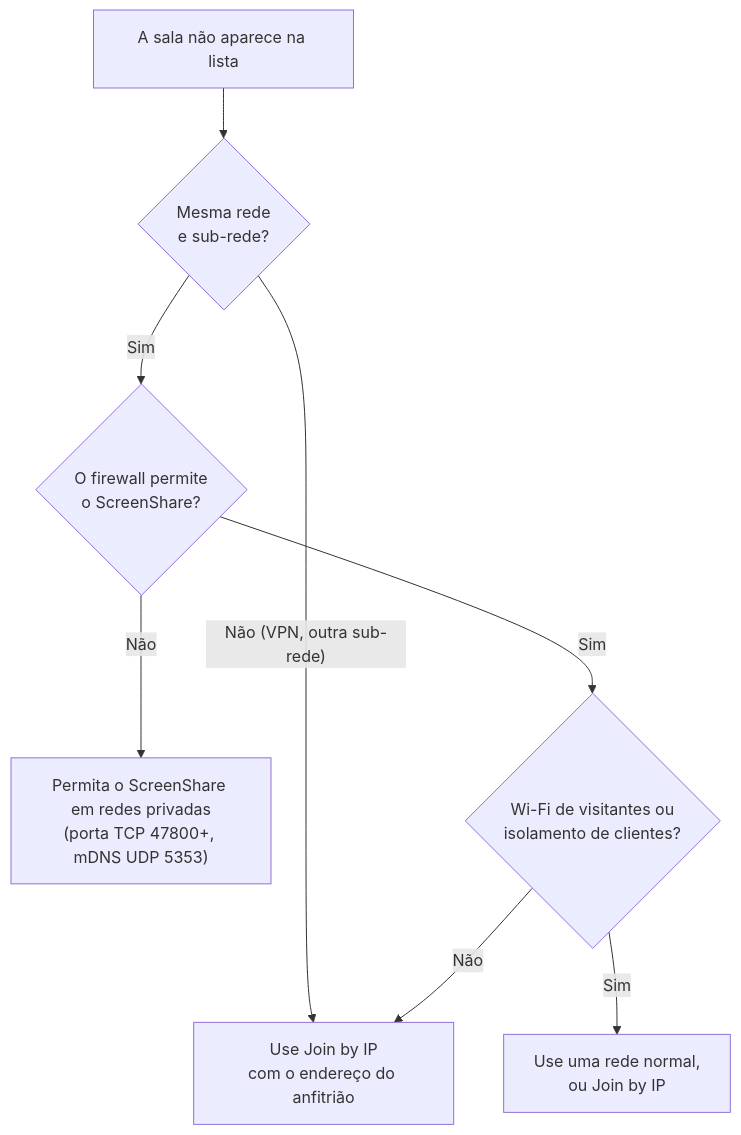
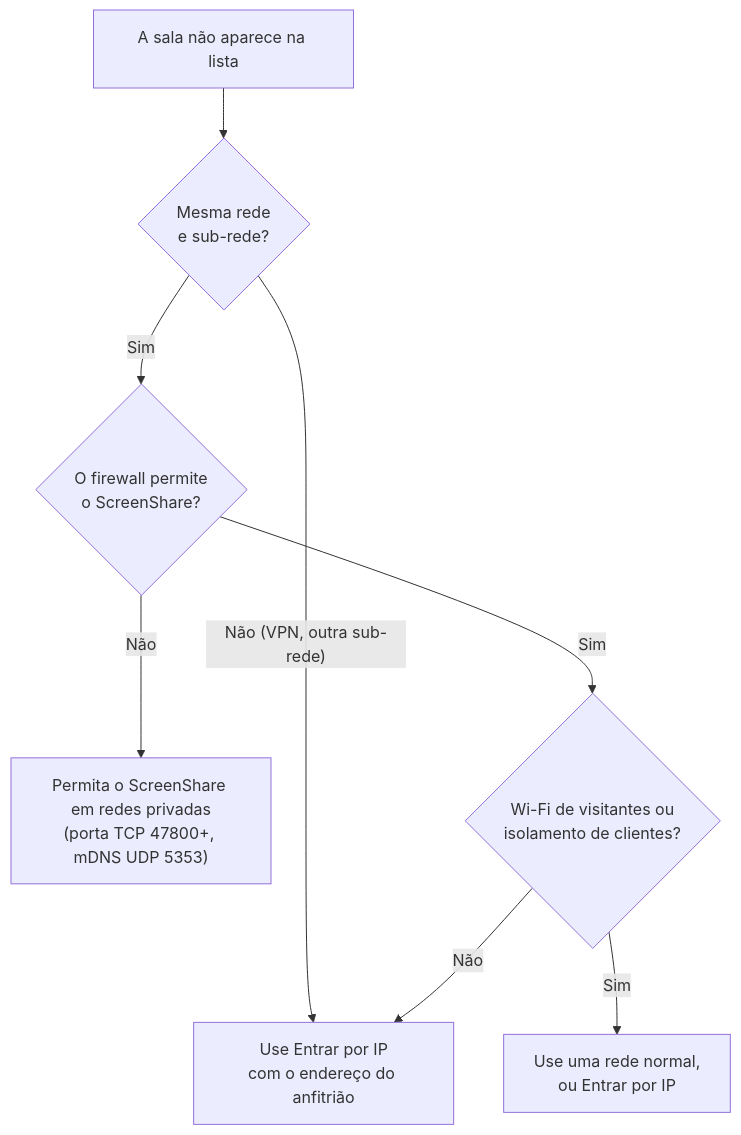
The diagram in docs/pt-BR/troubleshooting.md (nsfxu/lan-screenshare), drawn with Mermaid before and after one commit. The commit also changed other lines of this file and 19 other files, not shown here.

````diff
--- a/docs/pt-BR/troubleshooting.md
+++ b/docs/pt-BR/troubleshooting.md
@@ -22,10 +22,10 @@
 ```mermaid
 flowchart TD
   A["A sala não aparece na lista"] --> B{"Mesma rede<br/>e sub-rede?"}
-  B -->|"Não (VPN, outra sub-rede)"| C["Use Join by IP<br/>com o endereço do anfitrião"]
+  B -->|"Não (VPN, outra sub-rede)"| C["Use Entrar por IP<br/>com o endereço do anfitrião"]
   B -->|Sim| D{"O firewall permite<br/>o ScreenShare?"}
   D -->|Não| E["Permita o ScreenShare em redes privadas<br/>(porta TCP 47800+, mDNS UDP 5353)"]
   D -->|Sim| F{"Wi-Fi de visitantes ou<br/>isolamento de clientes?"}
-  F -->|Sim| G["Use uma rede normal,<br/>ou Join by IP"]
+  F -->|Sim| G["Use uma rede normal,<br/>ou Entrar por IP"]
   F -->|Não| C
 ```
````
